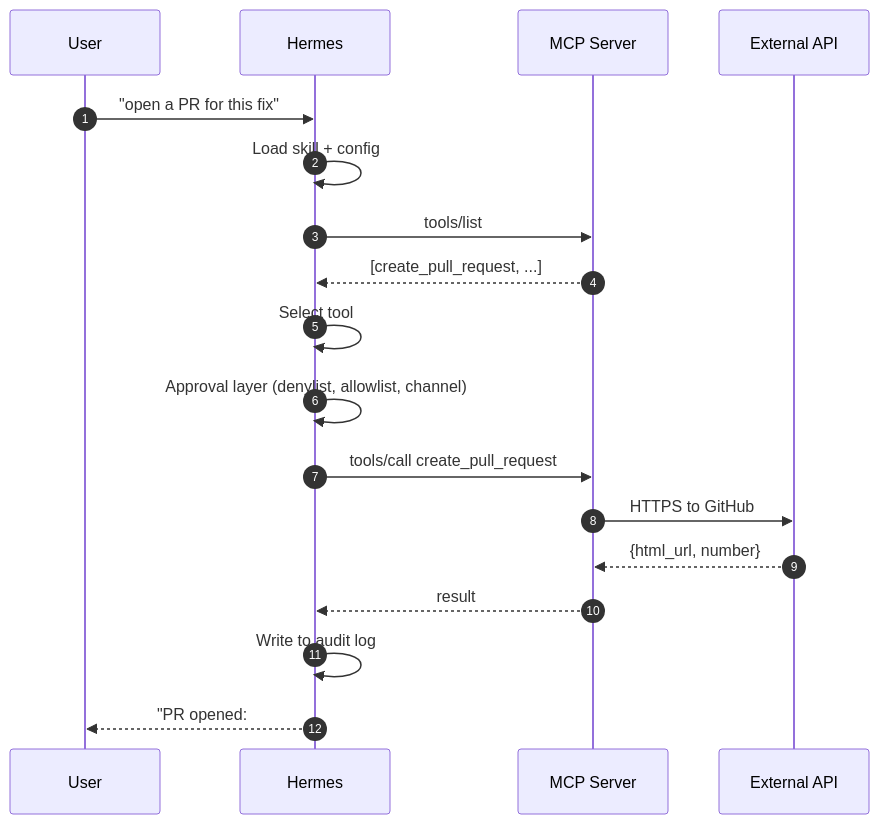
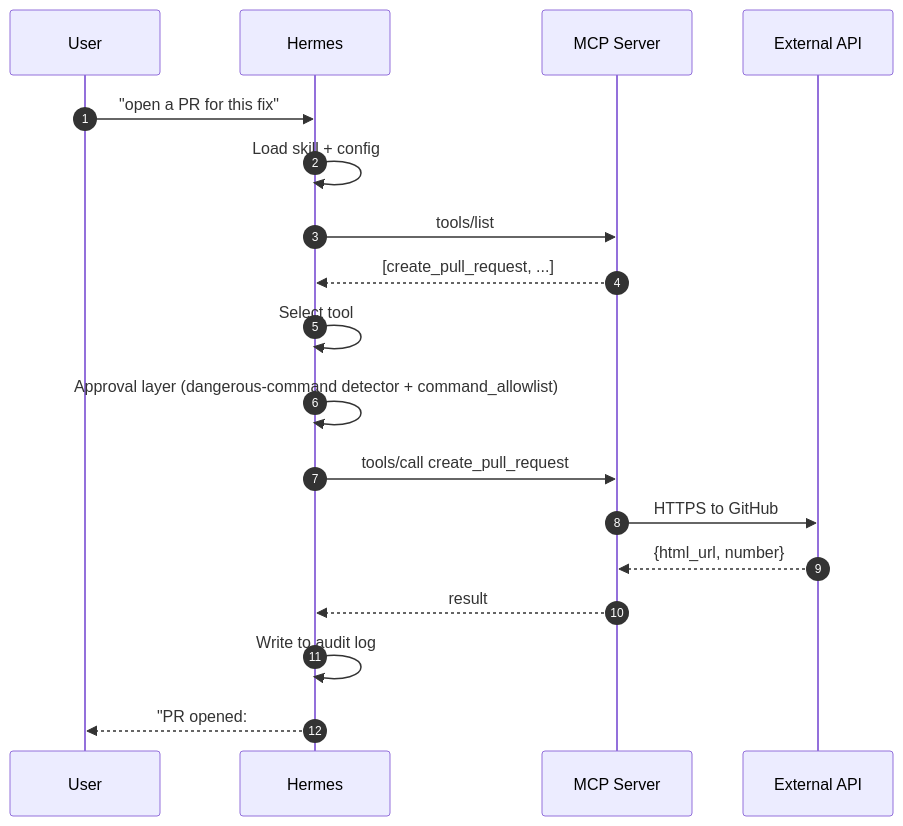
Before and after one commit to OnlyTerp/hermes-optimization-guide: the second of 6 diagrams in diagrams/architecture.md, drawn with Mermaid. The commit also changed other lines of this file and 81 other files, not shown here.

````diff
--- a/diagrams/architecture.md
+++ b/diagrams/architecture.md
@@ -84,21 +89,21 @@
 ```mermaid
 sequenceDiagram
   autonumber
   participant U as User
   participant H as Hermes
   participant M as MCP Server
   participant E as External API
 
   U->>H: "open a PR for this fix"
   H->>H: Load skill + config
   H->>M: tools/list
   M-->>H: [create_pull_request, ...]
   H->>H: Select tool
-  H->>H: Approval layer (denylist, allowlist, channel)
+  H->>H: Approval layer (dangerous-command detector + command_allowlist)
   H->>M: tools/call create_pull_request
   M->>E: HTTPS to GitHub
   E-->>M: {html_url, number}
   M-->>H: result
   H->>H: Write to audit log
   H-->>U: "PR opened: #342 — approve?"
 ```
````
